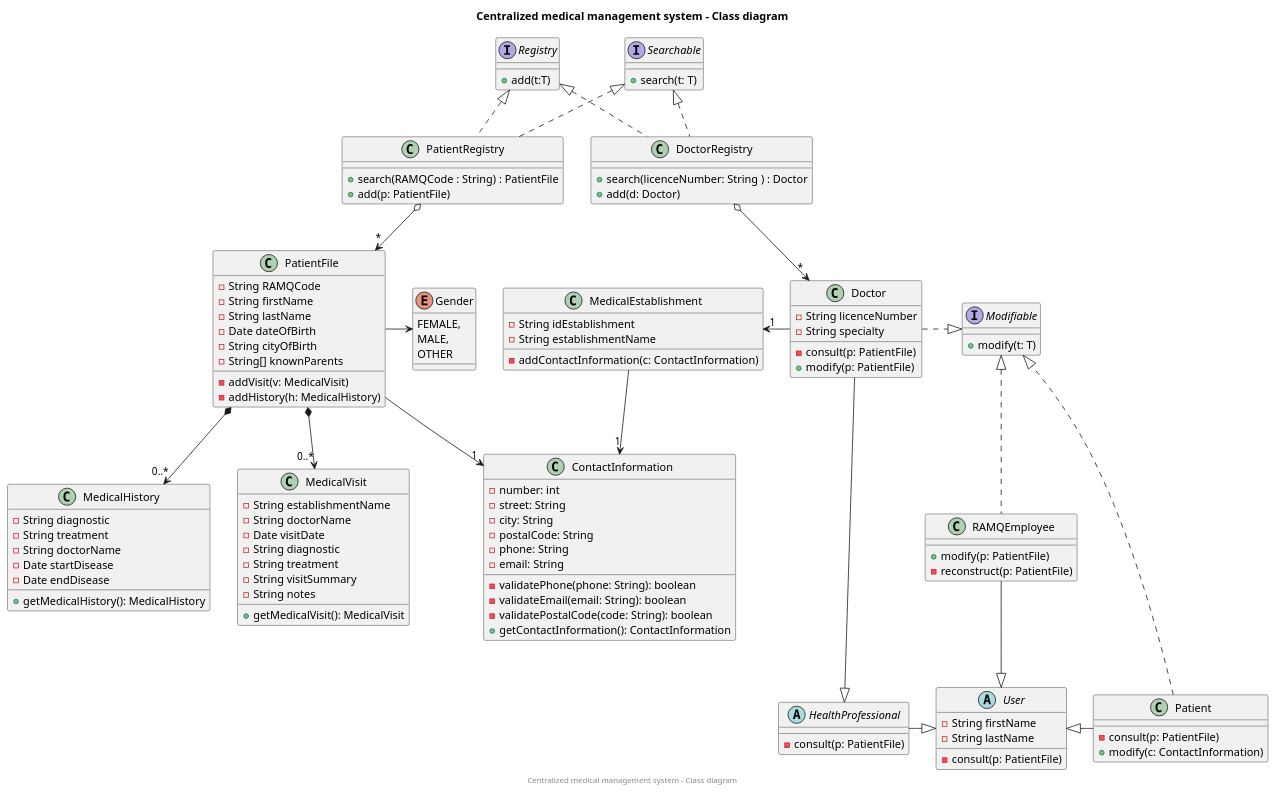
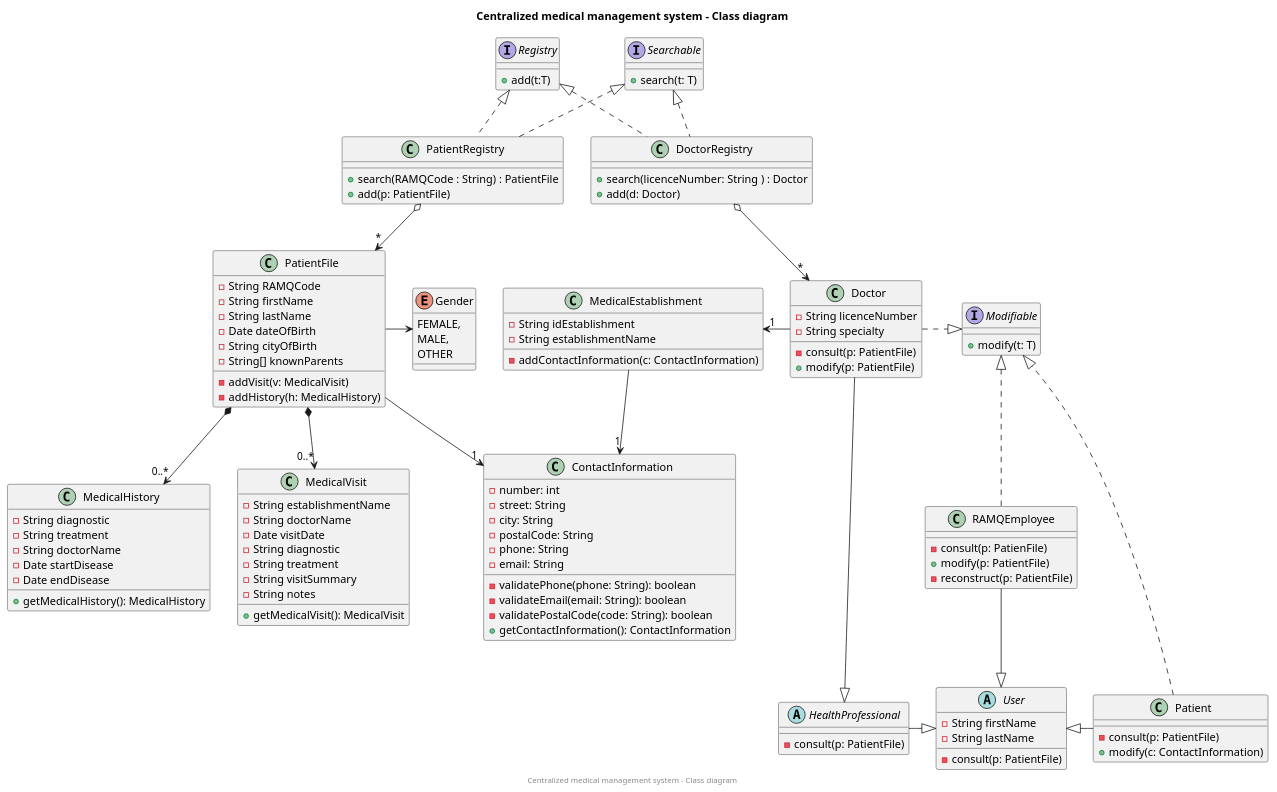
The diagram in Models/plantuml/class.puml (AmineSdi/PROJET_JAVAFX), drawn with PlantUML before and after one commit. The commit also changed 1 other file, not shown here.

```diff
--- a/Models/plantuml/class.puml
+++ b/Models/plantuml/class.puml
@@ -1,197 +1,134 @@
 @startuml
 title Centralized medical management system - Class diagram
 center footer Centralized medical management system - Class diagram
 
-' TODO : Methods for each class.
-' TODO : Add responsibilities? interfaces?
-' TODO : clean up
-
 class PatientRegistry {
-+ search(RAMQCode : String) : PatientFile
-+ add(p: PatientFile)
+    + search(RAMQCode : String) : PatientFile
+    + add(p: PatientFile)
 }
 PatientRegistry o--> "*" PatientFile
 
 interface Registry{
     +add(t:T)
 }
 Registry <|.. DoctorRegistry
 Registry <|.. PatientRegistry
 
 
 interface Searchable {
-+ search(t: T)
+    + search(t: T)
 }
 Searchable <|.. DoctorRegistry
 Searchable <|.. PatientRegistry
 
 class DoctorRegistry {
-+ search(licenceNumber: String ) : Doctor
-+ add(d: Doctor)
+    + search(licenceNumber: String ) : Doctor
+    + add(d: Doctor)
 }
 DoctorRegistry o--> "*" Doctor
 
 class PatientFile{
      -String RAMQCode
-     - String firstName
-     - String lastName
+     -String firstName
+     -String lastName
      -Date dateOfBirth
      -String cityOfBirth
      -String[] knownParents
-'     -int InsuranceNumberCode
-'    -PatientID patientID
-'    -MedicalVisits[] medicalVisits
-'    -MedicalHistory[] medicalHistory
-
-    'PRIVATE METHODS
     - addVisit(v: MedicalVisit)
     - addHistory(h: MedicalHistory)
 }
+PatientFile *--> "0..*" MedicalHistory
+PatientFile *--> "0..*" MedicalVisit
+PatientFile --> "1" ContactInformation
 
 abstract class User{
-- String firstName
-- String lastName
-'- String username
-'- String password
-- consult(p: PatientFile)
-'- modify()
+    - String firstName
+    - String lastName
+    - consult(p: PatientFile)
 }
 
 class RAMQEmployee {
-+ modify(p: PatientFile)
-- reconstruct(p: PatientFile)
+    - consult(p: PatienFile)
+    + modify(p: PatientFile)
+    - reconstruct(p: PatientFile)
 }
 RAMQEmployee --|> User
 
 Patient ..|> Modifiable
 Doctor .|> Modifiable
 Modifiable <|.. RAMQEmployee
 
-'class Patient{
-'{method}
-'}
-
-'User <|-- Patient
-'User ->"1" PatientFile : manages
-'User -->"1" ContactInformation
-
-
 abstract class HealthProfessional{
--consult(p: PatientFile)
-'-modify()
+    -consult(p: PatientFile)
 }
-
-
-
 Doctor --|> HealthProfessional
 HealthProfessional -|> User
 
 class MedicalEstablishment{
-
-- String idEstablishment
-- String establishmentName
-- addContactInformation(c: ContactInformation)
+    - String idEstablishment
+    - String establishmentName
+    - addContactInformation(c: ContactInformation)
 }
 MedicalEstablishment ->"1" ContactInformation
 MedicalEstablishment "1" <- Doctor
-
 
 
 class MedicalHistory{
     -String diagnostic
     -String treatment
     -String doctorName
     -Date startDisease
     -Date endDisease
-'   -DatePair datePair
-{method} + getMedicalHistory(): MedicalHistory
-'    +getDoctorName(): String
+    + getMedicalHistory(): MedicalHistory
 }
 
 class MedicalVisit{
     -String establishmentName
     -String doctorName
     -Date visitDate
     -String diagnostic
     -String treatment
     -String visitSummary
     -String notes
     +getMedicalVisit(): MedicalVisit
-'    +getDoctorName(): String
-'    +getEstablishmentName(): String
 }
 
 class Doctor{
     -String licenceNumber
     -String specialty
-'    -String medicalEstablishment
-
     -consult(p: PatientFile)
     +modify(p: PatientFile)
 }
 
 class Patient {
-'    -String lastName
-'    -String firstName
-'    -Date dateOfBirth
-'    -String cityOfBirth
-'    -String[] knownParents
     -consult(p: PatientFile)
-'    +modify(p: PatientFile)
-'    -consult(c: ContactInformation)
     +modify(c: ContactInformation)
 }
 
 class ContactInformation {
     - number: int
     - street: String
     - city: String
     - postalCode: String
     - phone: String
     - email: String
-'    + modifyContactInfo()
     - validatePhone(phone: String): boolean
     - validateEmail(email: String): boolean
     - validatePostalCode(code: String): boolean
     + getContactInformation(): ContactInformation
 }
 
-'class Interface{
-'}
-
-
-
 interface Modifiable {
-'    + Date date
-    {method}+modify(t: T)
-
+    +modify(t: T)
 }
-'PatientFile   .|> Modifiable
 
 enum Gender{
     FEMALE,
     MALE,
     OTHER
 }
-
-'Interface -- Doctor
-'Interface -- PatientFile
-
-
-'Doctor -|> User
-
-'PatientFile --> "\t\t\tconcerns\r1" Patient
-PatientFile *--> "0..*" MedicalHistory
-'MedicalHistory <-* "0..*" PatientFile
-PatientFile *--> "0..*" MedicalVisit
+PatientFile -> Gender
 
 User <|- Patient
 
-'Patient -> Gender
-PatientFile -> Gender
-
-'Patient --> "1" ContactInformation
-PatientFile --> "1" ContactInformation
-
-
 @enduml
```
